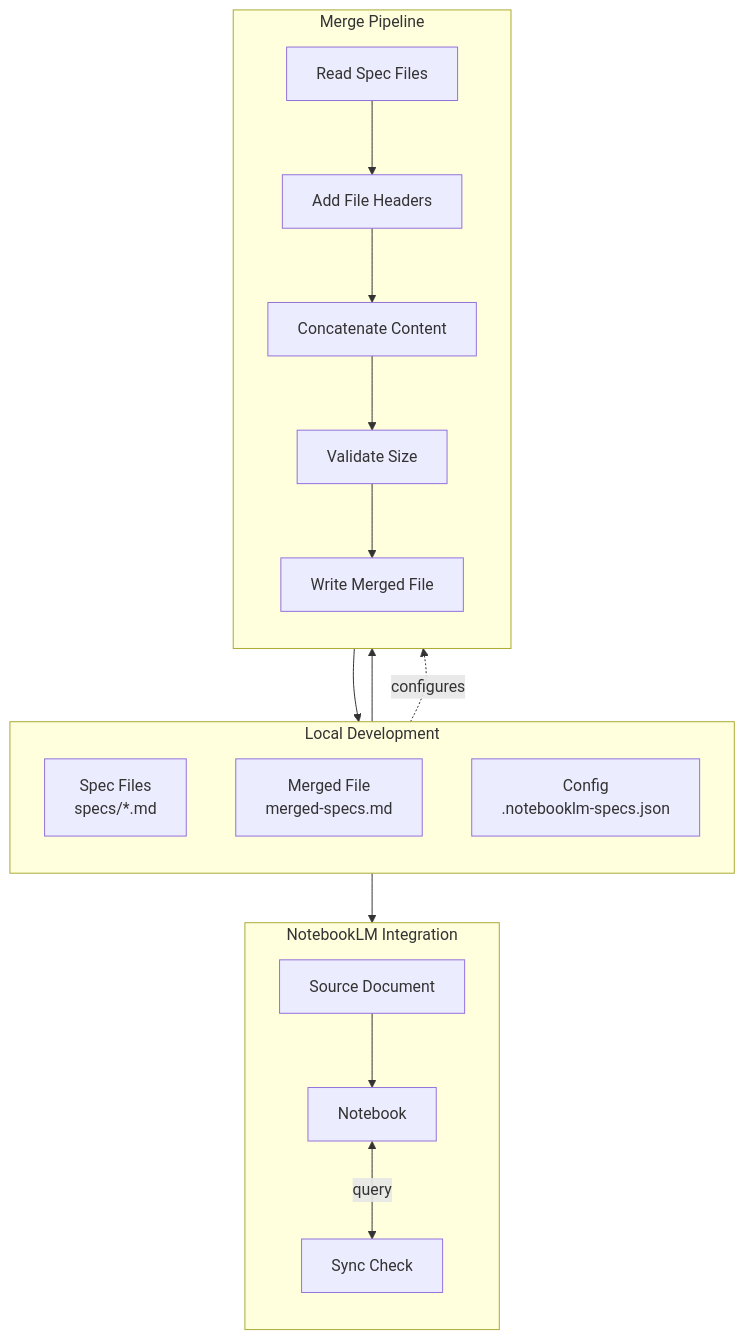
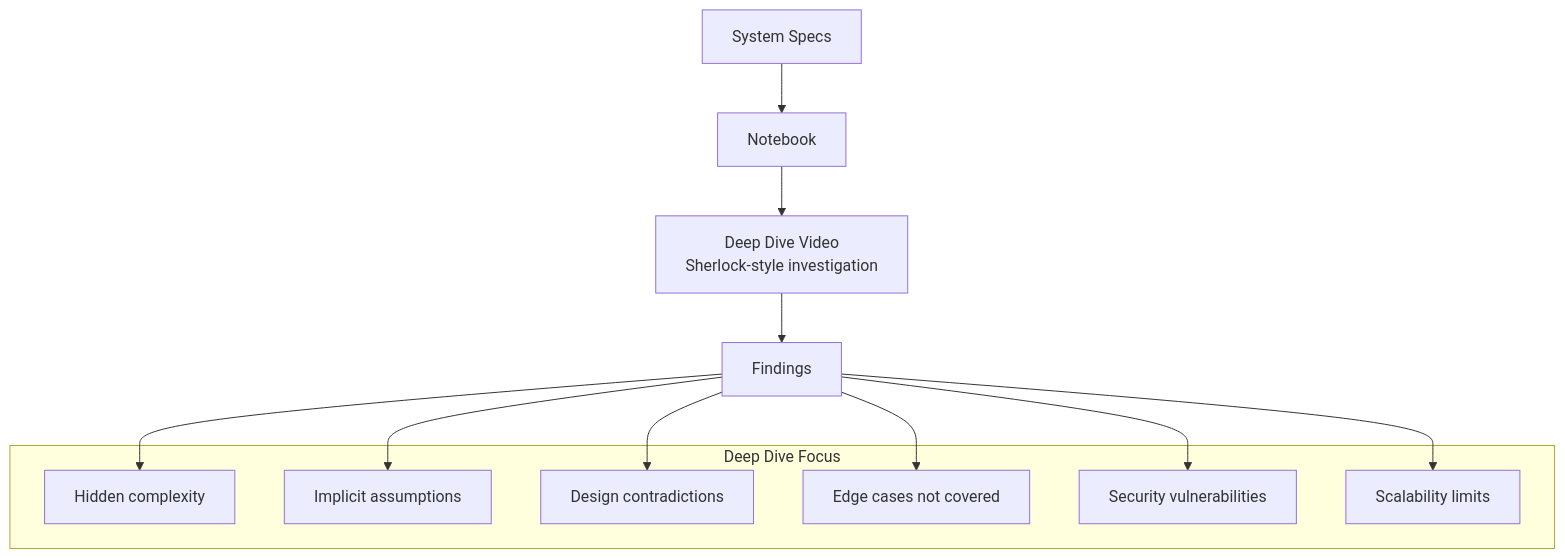
Before and after one commit to wojons/skills: the fourth of 8 diagrams in skills/notebooklm-federated-specs/SKILL.md, drawn with Mermaid. The commit also changed other lines of this file and 4 other files, not shown here.

First line of the commit message:
feat: Enhance notebooklm-federated-specs with human learning modes

````diff
--- a/skills/notebooklm-federated-specs/SKILL.md
+++ b/skills/notebooklm-federated-specs/SKILL.md
@@ -106,36 +101,23 @@
 ```mermaid
-flowchart TB
-    subgraph "Local Development"
-        direction TB
-        SF[Spec Files<br/>specs/*.md]
-        MF[Merged File<br/>merged-specs.md]
-        CFG[Config<br/>.notebooklm-specs.json]
+flowchart TD
+    SPECS[System Specs] --> NB[Notebook]
+    NB --> DD[Deep Dive Video<br/>Sherlock-style investigation]
+    
+    DD --> FINDINGS[Findings]
+    
+    subgraph "Deep Dive Focus"
+        F1[Hidden complexity]
+        F2[Implicit assumptions]
+        F3[Design contradictions]
+        F4[Edge cases not covered]
+        F5[Security vulnerabilities]
+        F6[Scalability limits]
     end
     
-    subgraph "Merge Pipeline"
-        direction TB
-        READ[Read Spec Files]
-        HEADER[Add File Headers]
-        CONCAT[Concatenate Content]
-        VALIDATE[Validate Size]
-        WRITE[Write Merged File]
-    end
-    
-    subgraph "NotebookLM Integration"
-        direction TB
-        NB[Notebook]
-        SRC[Source Document]
-        SYNC[Sync Check]
-    end
-    
-    SF --> READ
-    READ --> HEADER
-    HEADER --> CONCAT
-    CONCAT --> VALIDATE
-    VALIDATE --> WRITE
-    WRITE --> MF
-    MF --> SRC
-    SRC --> NB
-    CFG -.->|configures| READ
-    NB <-->|query| SYNC
+    FINDINGS --> F1
+    FINDINGS --> F2
+    FINDINGS --> F3
+    FINDINGS --> F4
+    FINDINGS --> F5
+    FINDINGS --> F6
 ```
````
